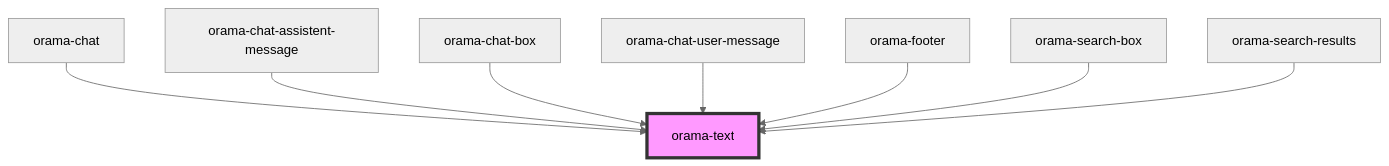
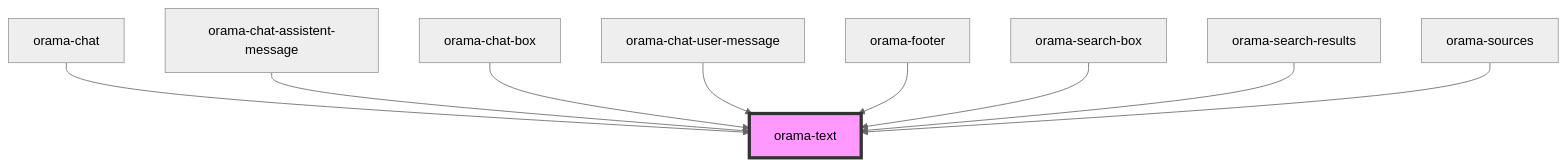
The diagram in packages/ui-stencil/src/components/internal/orama-text/readme.md (askorama/orama-ui-components), drawn with Mermaid (neutral theme) before and after one commit. The commit also changed other lines of this file and 15 other files, not shown here.

````diff
--- a/packages/ui-stencil/src/components/internal/orama-text/readme.md
+++ b/packages/ui-stencil/src/components/internal/orama-text/readme.md
@@ -32,11 +33,12 @@
 ```mermaid
 graph TD;
   orama-chat --> orama-text
   orama-chat-assistent-message --> orama-text
   orama-chat-box --> orama-text
   orama-chat-user-message --> orama-text
   orama-footer --> orama-text
   orama-search-box --> orama-text
   orama-search-results --> orama-text
+  orama-sources --> orama-text
   style orama-text fill:#f9f,stroke:#333,stroke-width:4px
 ```
````
